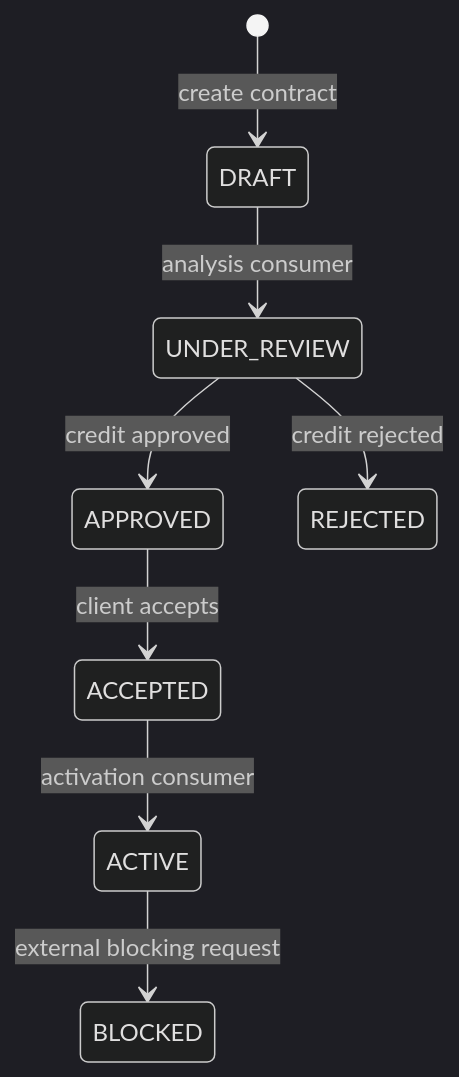
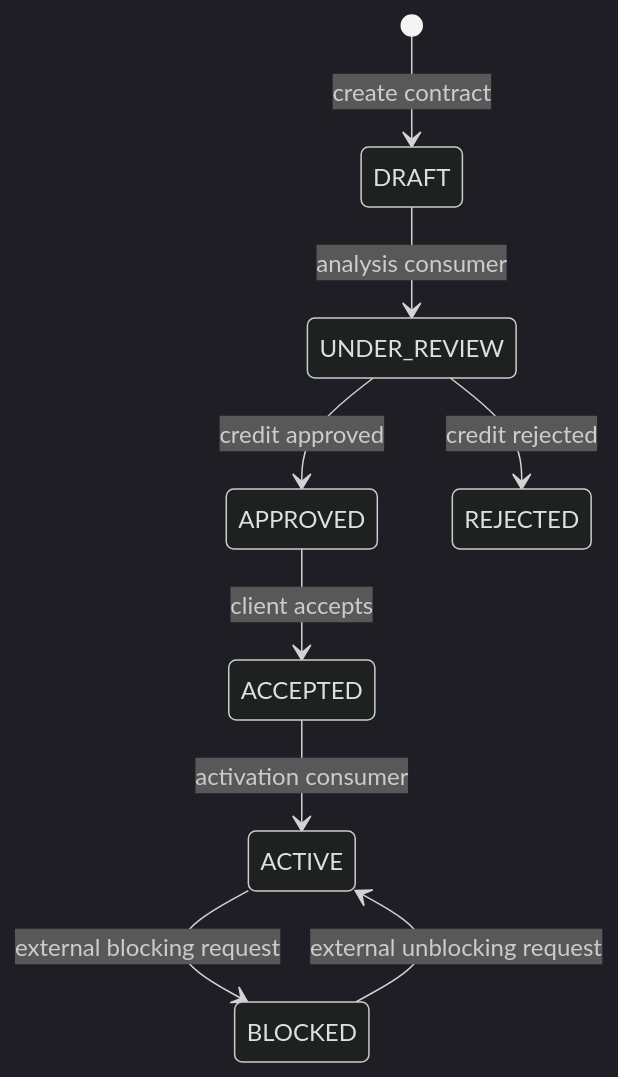
The first of 2 diagrams in README.md (tmcly/credit-contract-manager), drawn with Mermaid (dark theme) before and after one commit. The commit also changed other lines of this file and 18 other files, not shown here.

````diff
--- a/README.md
+++ b/README.md
@@ -55,10 +55,11 @@
 ```mermaid
 stateDiagram-v2
     [*] --> DRAFT: create contract
     DRAFT --> UNDER_REVIEW: analysis consumer
     UNDER_REVIEW --> APPROVED: credit approved
     UNDER_REVIEW --> REJECTED: credit rejected
     APPROVED --> ACCEPTED: client accepts
     ACCEPTED --> ACTIVE: activation consumer
     ACTIVE --> BLOCKED: external blocking request
+    BLOCKED --> ACTIVE: external unblocking request
 ```
````
